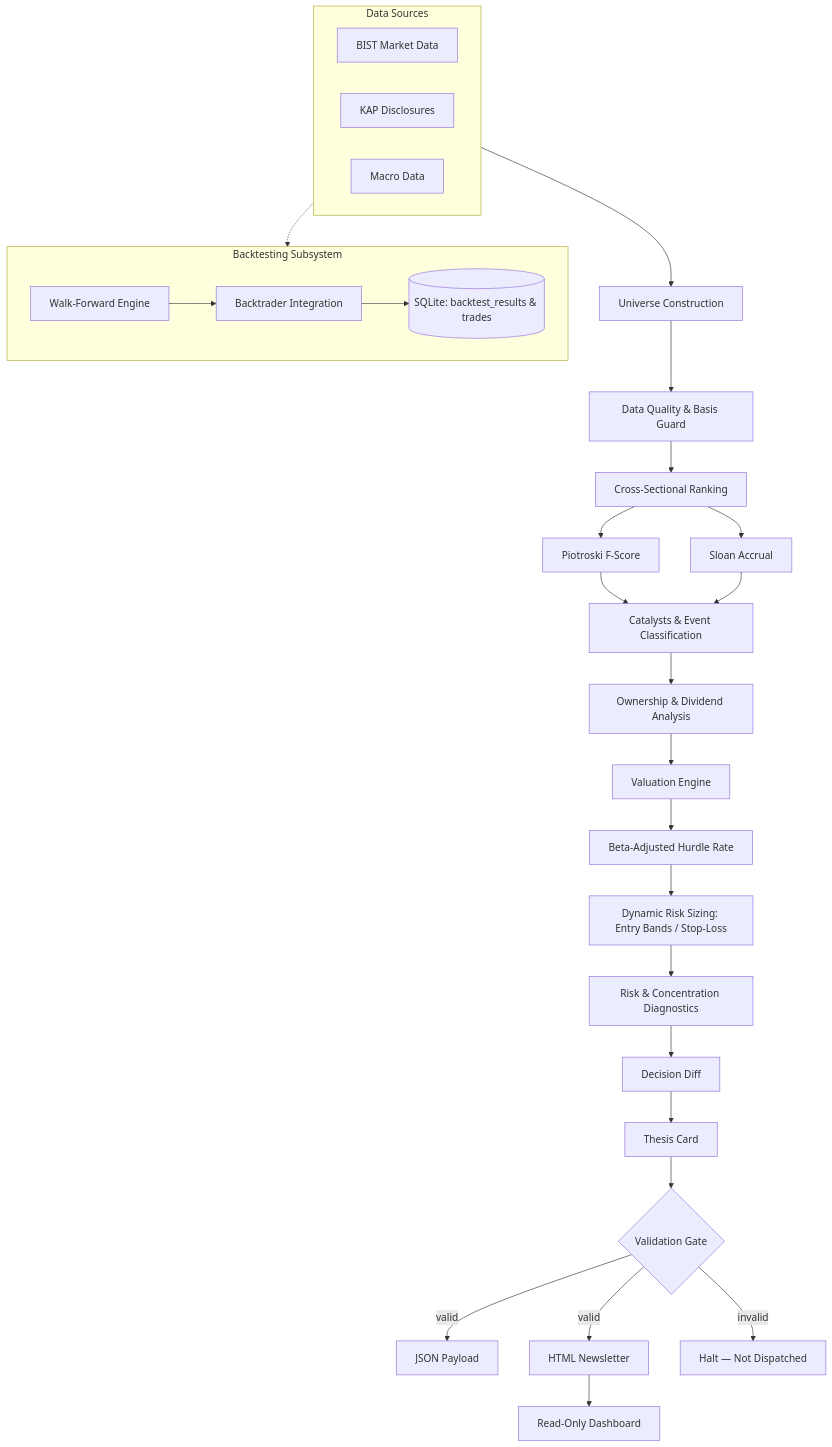
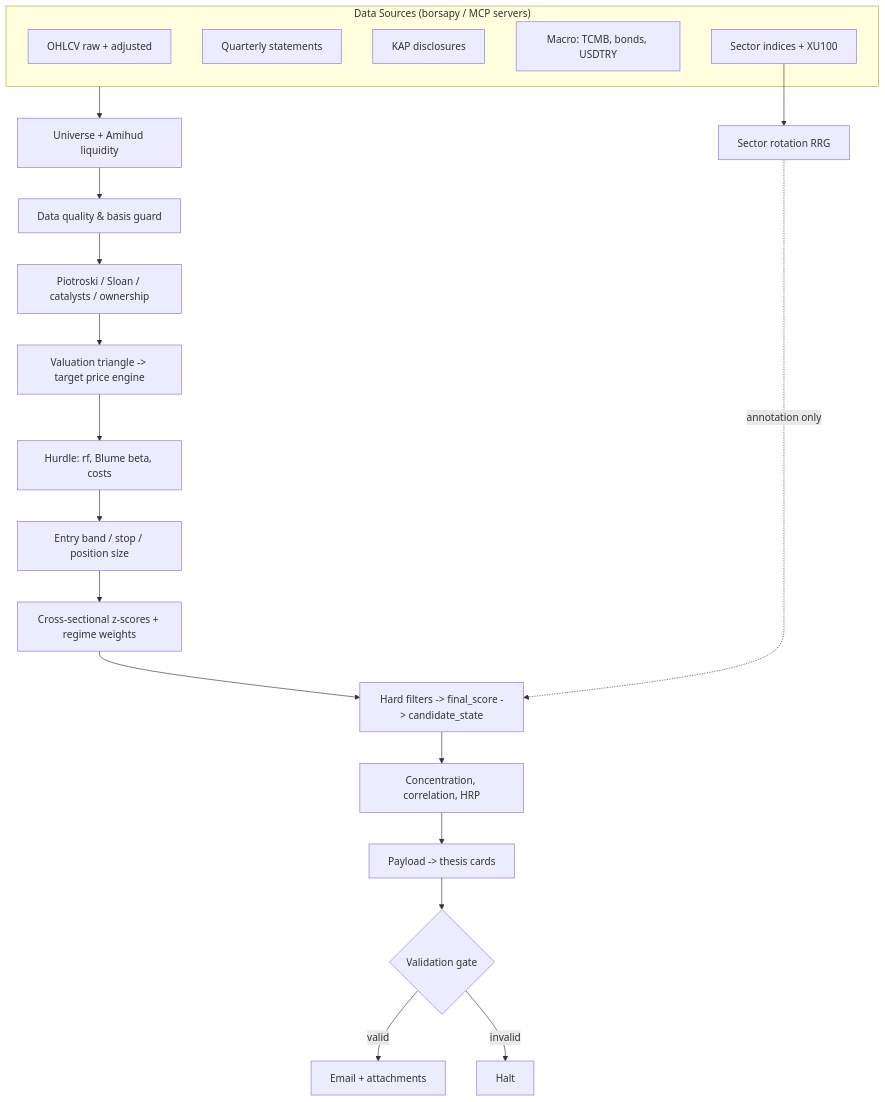
The first of 3 diagrams in README.md (erenkbgc/bist-screener-v9), drawn with Mermaid before and after one commit. The commit also changed other lines of this file and 2 other files, not shown here.

````diff
--- a/README.md
+++ b/README.md
@@ -98,34 +93,26 @@
 ```mermaid
 flowchart TD
-    subgraph SRC["Data Sources"]
-        A1[BIST Market Data]
-        A2[KAP Disclosures]
-        A3[Macro Data]
+    subgraph SRC["Data Sources (borsapy / MCP servers)"]
+        A1[OHLCV raw + adjusted]
+        A2[Quarterly statements]
+        A3[KAP disclosures]
+        A4[Macro: TCMB, bonds, USDTRY]
+        A5[Sector indices + XU100]
     end
 
-    SRC --> B[Universe Construction]
-    B --> C[Data Quality & Basis Guard]
-    C --> D[Cross-Sectional Ranking]
-    D --> E1[Piotroski F-Score]
-    D --> E2[Sloan Accrual]
-    E1 --> F[Catalysts & Event Classification]
-    E2 --> F
-    F --> G[Ownership & Dividend Analysis]
-    G --> H[Valuation Engine]
-    H --> I[Beta-Adjusted Hurdle Rate]
-    I --> J[Dynamic Risk Sizing: Entry Bands / Stop-Loss]
-    J --> K[Risk & Concentration Diagnostics]
-    K --> L[Decision Diff]
-    L --> M[Thesis Card]
-    M --> N{Validation Gate}
-    N -- valid --> O[JSON Payload]
-    N -- valid --> P[HTML Newsletter]
-    P --> Q[Read-Only Dashboard]
-    N -- invalid --> R[Halt — Not Dispatched]
-
-    subgraph SIM["Backtesting Subsystem"]
-        BT1[Walk-Forward Engine] --> BT2[Backtrader Integration]
-        BT2 --> BT3[(SQLite: backtest_results & trades)]
-    end
-    SRC -.-> SIM
+    SRC --> B[Universe + Amihud liquidity]
+    B --> C[Data quality & basis guard]
+    C --> D[Piotroski / Sloan / catalysts / ownership]
+    D --> E[Valuation triangle -> target price engine]
+    E --> F[Hurdle: rf, Blume beta, costs]
+    F --> G[Entry band / stop / position size]
+    G --> H[Cross-sectional z-scores + regime weights]
+    H --> I[Hard filters -> final_score -> candidate_state]
+    I --> J[Concentration, correlation, HRP]
+    A5 --> K[Sector rotation RRG]
+    K -. annotation only .-> I
+    J --> L[Payload -> thesis cards]
+    L --> M{Validation gate}
+    M -- valid --> N[Email + attachments]
+    M -- invalid --> O[Halt]
 ```
````
